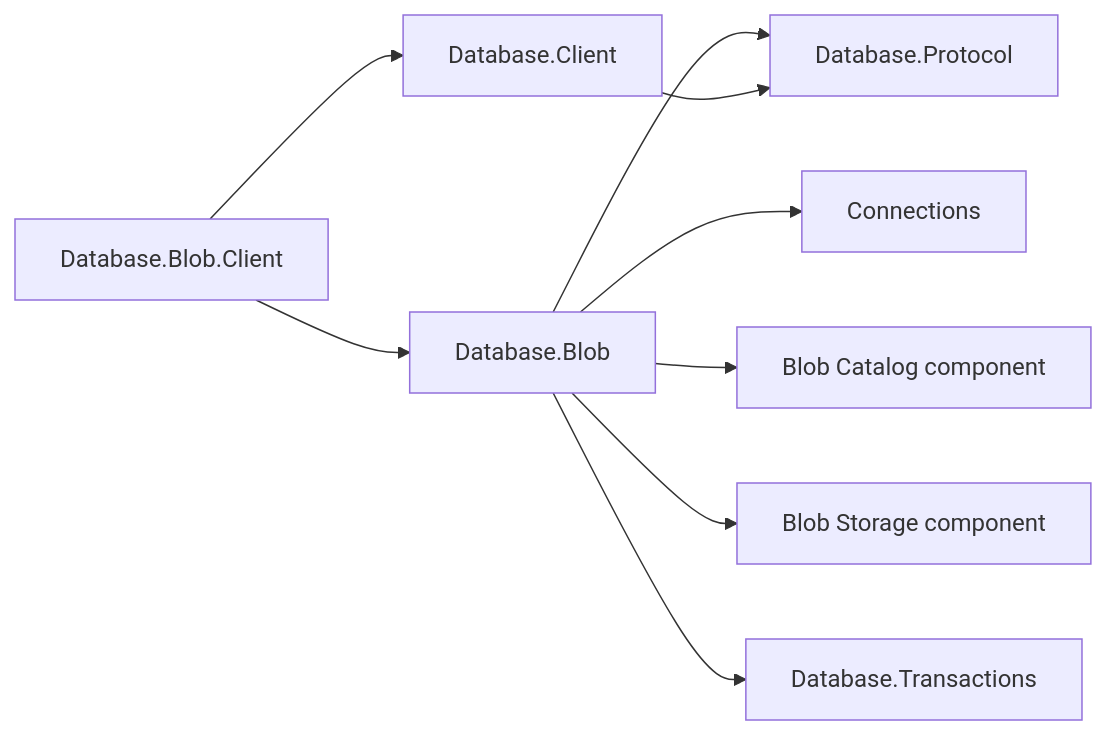
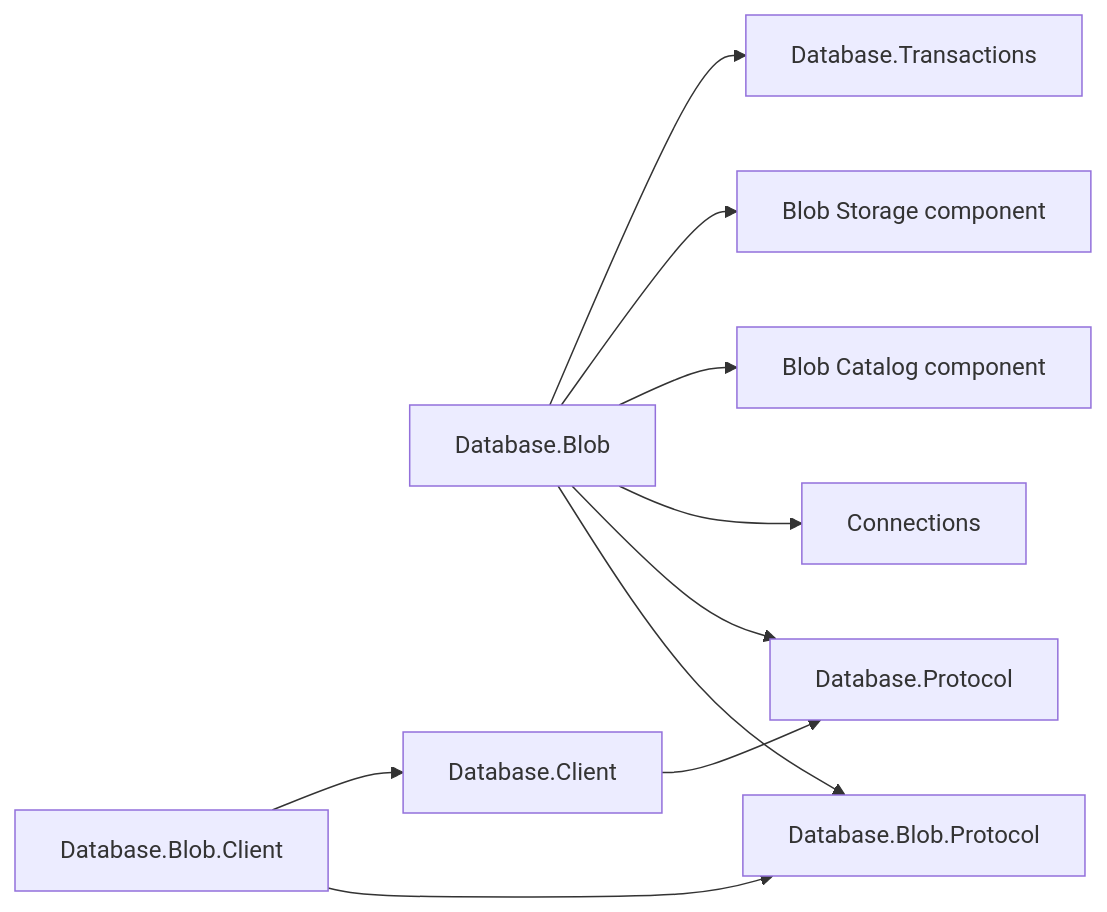
The first of 7 diagrams in resources/Database/Assimalign.Cohesion.Database.Blob/docs/DESIGN.md (assimalign/cohesion), drawn with Mermaid before and after one commit. The commit also changed other lines of this file and 15 other files, not shown here.

````diff
--- a/resources/Database/Assimalign.Cohesion.Database.Blob/docs/DESIGN.md
+++ b/resources/Database/Assimalign.Cohesion.Database.Blob/docs/DESIGN.md
@@ -37,11 +37,12 @@
 ```mermaid
 flowchart LR
-    Client["Database.Blob.Client"] --> Blob["Database.Blob"]
+    Client["Database.Blob.Client"] --> Wire["Database.Blob.Protocol"]
+    Blob["Database.Blob"] --> Wire
     Client --> SharedClient["Database.Client"]
     Blob --> Protocol["Database.Protocol"]
     SharedClient --> Protocol
     Blob --> Connections["Connections"]
     Blob --> Catalog["Blob Catalog component"]
     Blob --> Storage["Blob Storage component"]
     Blob --> Transactions["Database.Transactions"]
 ```
````
